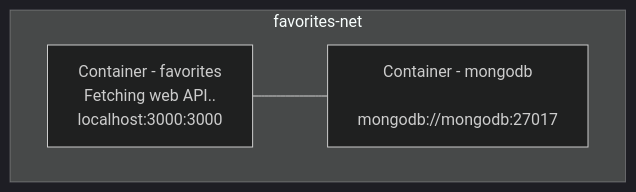
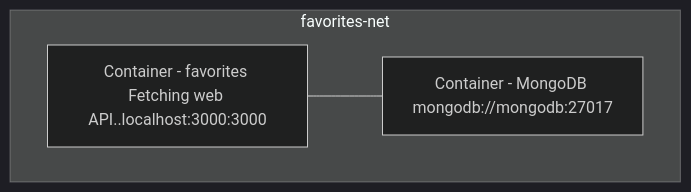
One commit to Aixufey/Docker-Complete changed the fifth of 5 diagrams in README.md. Above: the diagram before and after it, drawn with Mermaid.

````diff
--- a/README.md
+++ b/README.md
@@ -239,14 +239,9 @@
 ```mermaid
 %%{init: {'theme': 'dark'}}%%
     graph
     subgraph "favorites-net"
-        A[Container - favorites
-          Fetching web API..
-          localhost:3000:3000
-        ]
-        B[Container - mongodb
-          mongodb://mongodb:27017
-        ]
+        A[Container - favorites Fetching web API..localhost:3000:3000]
+        B[Container - MongoDB mongodb://mongodb:27017]
         A --- B
     end 
 ```
````
